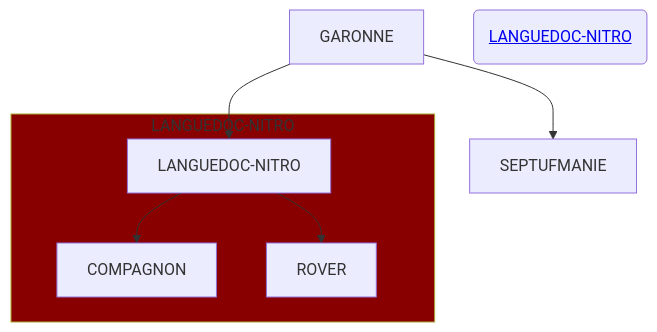
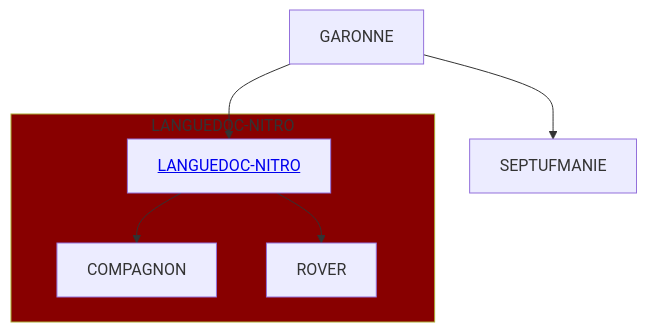
The diagram in README.md (Septimania/septimania), drawn with Mermaid before and after one commit.

````diff
--- a/README.md
+++ b/README.md
@@ -154,12 +154,11 @@
 ```mermaid
   graph TD
-      A[GARONNE] --> B["LANGUEDOC-NITRO"]
+      A[GARONNE] --> B["<a href="https://languedocnitro.wixsite.com/languedoc-nitro"> LANGUEDOC-NITRO </a>"]
       subgraph NITRO [LANGUEDOC-NITRO]
       B --> C[COMPAGNON]
       B --> D[ROVER]
       end
       A --> E[SEPTUFMANIE]
-      DIR("<a href="https://languedocnitro.wixsite.com/languedoc-nitro"> LANGUEDOC-NITRO </a>")
 
       style NITRO fill:#800
 ```
````
